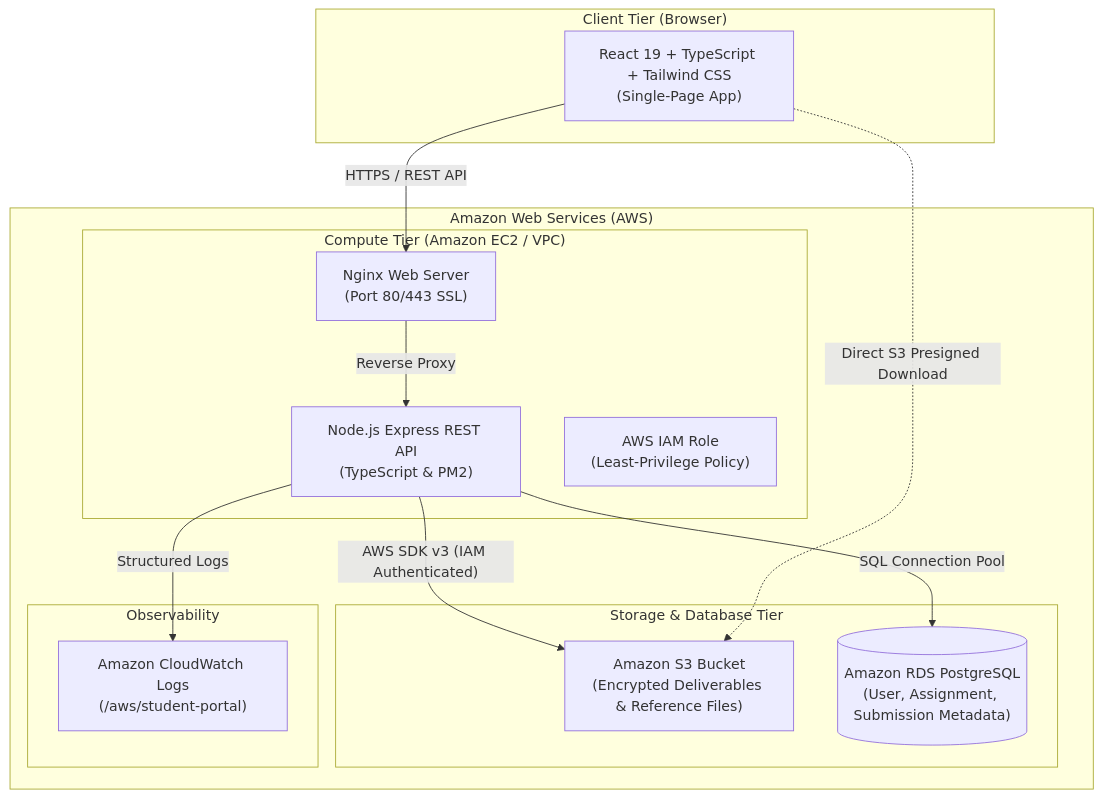
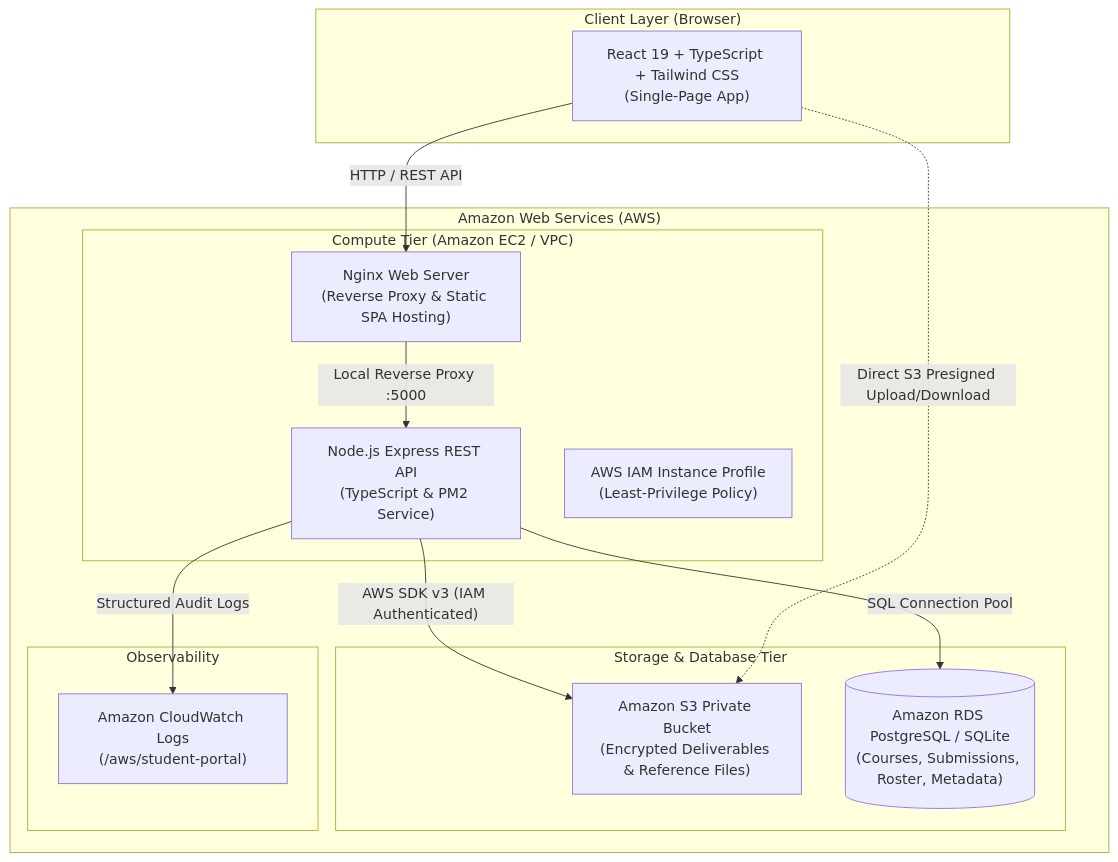
The diagram in README.md (Gnxshxvr/aws-cloud-lms), drawn with Mermaid before and after one commit. The commit also changed other lines of this file and 5 other files, not shown here.

Commit message:
Enhance Cloud LMS: Add minimal free-tier CloudFormation, fix SQLite migrations, and revamp documentation

````diff
--- a/README.md
+++ b/README.md
@@ -9,30 +35,30 @@
 ```mermaid
 flowchart TD
-    subgraph Client ["Client Tier (Browser)"]
+    subgraph Client ["Client Layer (Browser)"]
         UI["React 19 + TypeScript + Tailwind CSS\n(Single-Page App)"]
     end
 
     subgraph AWS ["Amazon Web Services (AWS)"]
         subgraph Compute ["Compute Tier (Amazon EC2 / VPC)"]
-            NGINX["Nginx Web Server\n(Port 80/443 SSL)"]
-            API["Node.js Express REST API\n(TypeScript & PM2)"]
-            IAM["AWS IAM Role\n(Least-Privilege Policy)"]
+            NGINX["Nginx Web Server\n(Reverse Proxy & Static SPA Hosting)"]
+            API["Node.js Express REST API\n(TypeScript & PM2 Service)"]
+            IAM["AWS IAM Instance Profile\n(Least-Privilege Policy)"]
         end
 
         subgraph Storage ["Storage & Database Tier"]
-            S3["Amazon S3 Bucket\n(Encrypted Deliverables & Reference Files)"]
-            RDS[("Amazon RDS PostgreSQL\n(User, Assignment, Submission Metadata)")]
+            S3["Amazon S3 Private Bucket\n(Encrypted Deliverables & Reference Files)"]
+            RDS[("Amazon RDS PostgreSQL / SQLite\n(Courses, Submissions, Roster, Metadata)")]
         end
 
-        subgraph Observability ["Observability"]
+        subgraph Monitoring ["Observability"]
             CW["Amazon CloudWatch Logs\n(/aws/student-portal)"]
         end
     end
 
-    UI -->|"HTTPS / REST API"| NGINX
-    NGINX -->|"Reverse Proxy"| API
+    UI -->|"HTTP / REST API"| NGINX
+    NGINX -->|"Local Reverse Proxy :5000"| API
     API -->|"AWS SDK v3 (IAM Authenticated)"| S3
     API -->|"SQL Connection Pool"| RDS
-    API -->|"Structured Logs"| CW
-    UI -.->|"Direct S3 Presigned Download"| S3
+    API -->|"Structured Audit Logs"| CW
+    UI -.->|"Direct S3 Presigned Upload/Download"| S3
 ```
````
